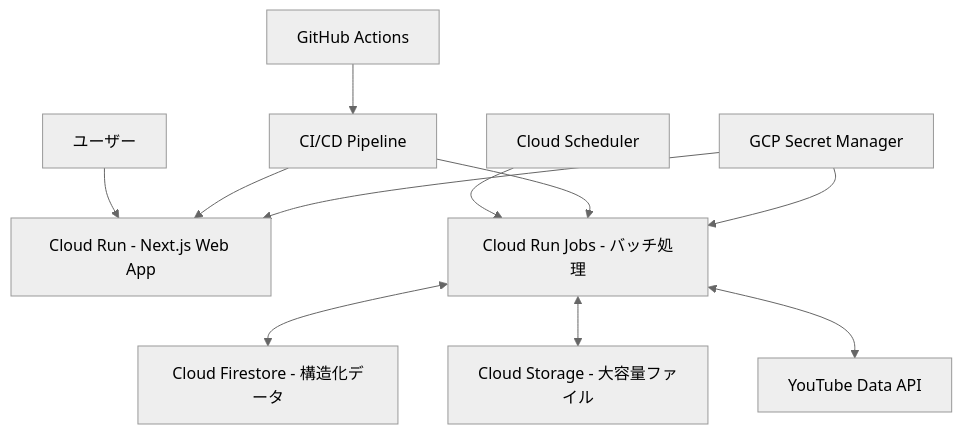
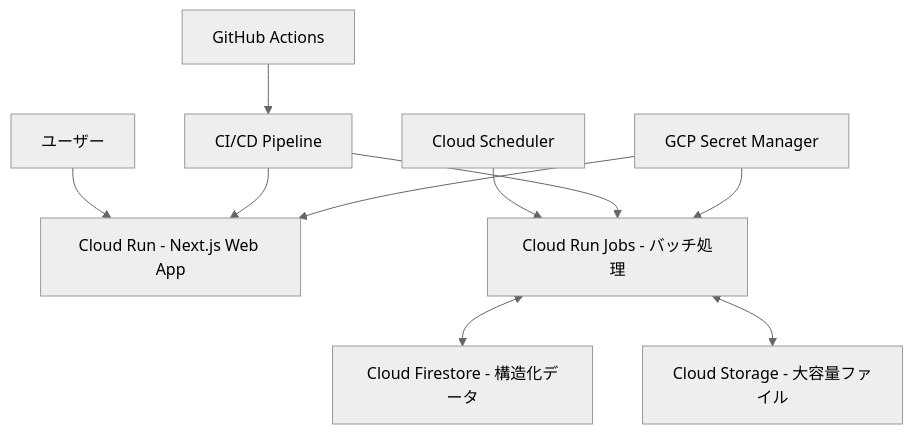
Before and after one commit to nothink-jp/suzumina.click: the diagram in docs/gcp/GCP_OVERVIEW.md, drawn with Mermaid (neutral theme). The commit also changed other lines of this file and 8 other files, not shown here.

````diff
--- a/docs/gcp/GCP_OVERVIEW.md
+++ b/docs/gcp/GCP_OVERVIEW.md
@@ -7,13 +7,12 @@
 ```mermaid
 flowchart TD
     A["ユーザー"] --> B["Cloud Run - Next.js Web App"]
     D["Cloud Scheduler"] --> E["Cloud Run Jobs - バッチ処理"]
     E <--> F["Cloud Firestore - 構造化データ"]
     E <--> J["Cloud Storage - 大容量ファイル"]
-    E <--> K["YouTube Data API"]
     G["GitHub Actions"] --> H["CI/CD Pipeline"]
     H --> B
     H --> E
     I["GCP Secret Manager"] --> B
     I --> E
 ```
````
